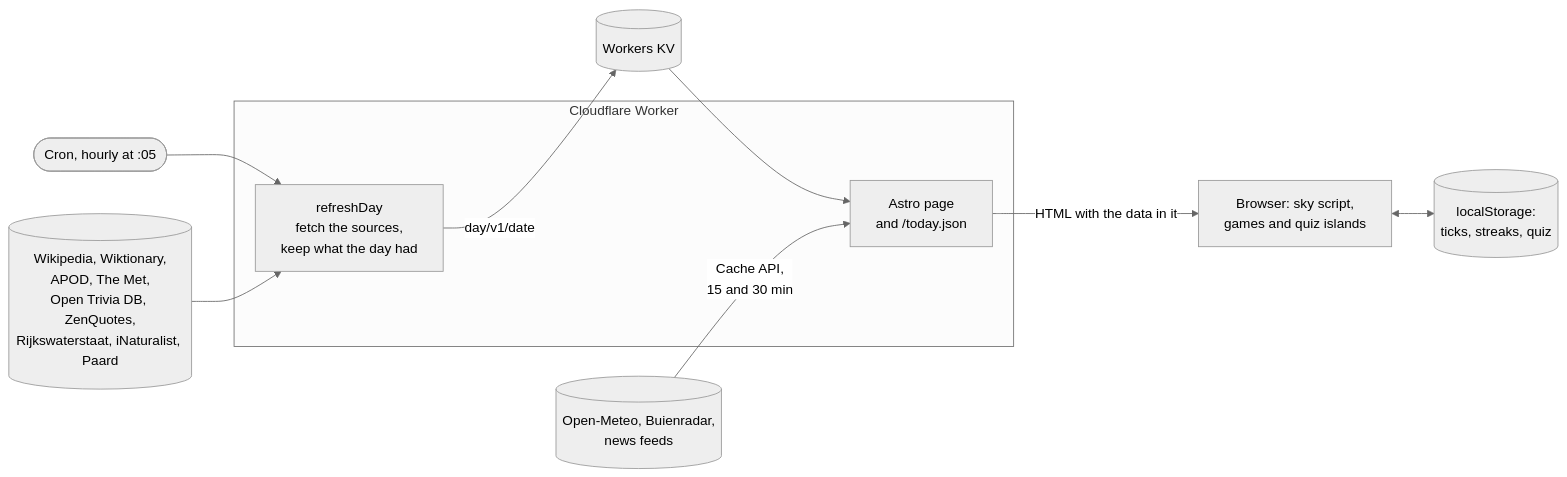
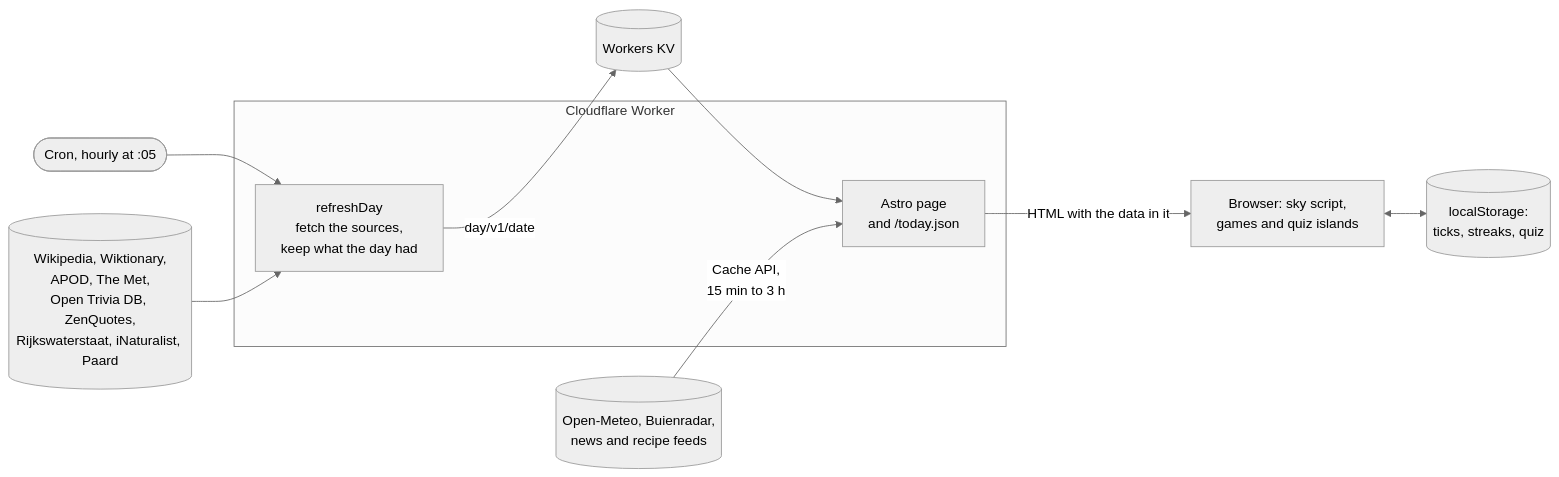
The diagram in README.md (simonvanlierde/duinlab-today), drawn with Mermaid (neutral theme) before and after one commit. The commit also changed other lines of this file and 11 other files, not shown here.

````diff
--- a/README.md
+++ b/README.md
@@ -11,14 +11,14 @@
 ```mermaid
 flowchart LR
   cron(["Cron, hourly at :05"]) --> build
   subgraph worker["Cloudflare Worker"]
     build["refreshDay<br/>fetch the sources,<br/>keep what the day had"]
     page["Astro page<br/>and /today.json"]
   end
   sources[("Wikipedia, Wiktionary,<br/>APOD, The Met,<br/>Open Trivia DB, ZenQuotes,<br/>Rijkswaterstaat, iNaturalist, Paard")] --> build
   build -- "day/v1/date" --> kv[("Workers KV")]
   kv --> page
-  live[("Open-Meteo, Buienradar,<br/>news feeds")] -- "Cache API,<br/>15 and 30 min" --> page
+  live[("Open-Meteo, Buienradar,<br/>news and recipe feeds")] -- "Cache API,<br/>15 min to 3 h" --> page
   page -- "HTML with the data in it" --> browser["Browser: sky script,<br/>games and quiz islands"]
   browser <--> ls[("localStorage:<br/>ticks, streaks, quiz")]
 ```
````
